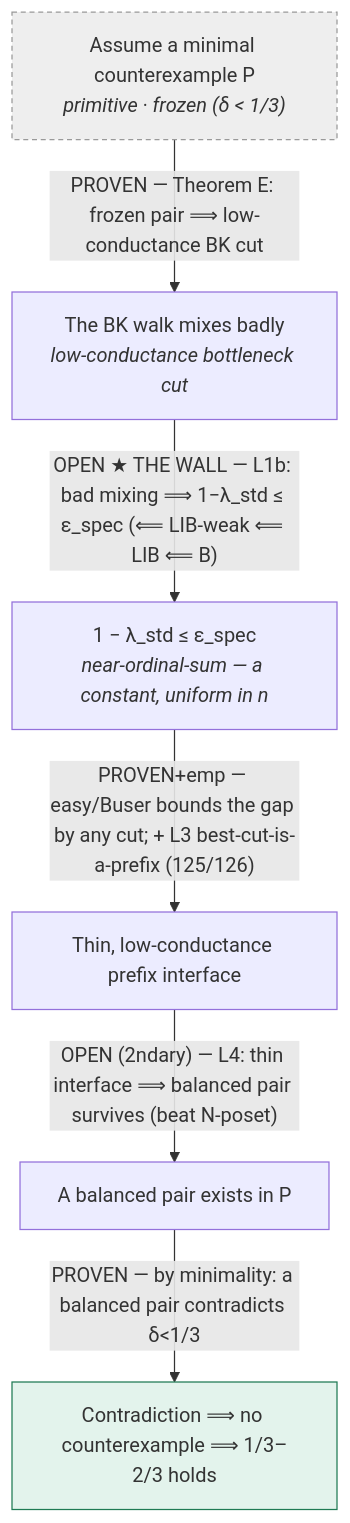
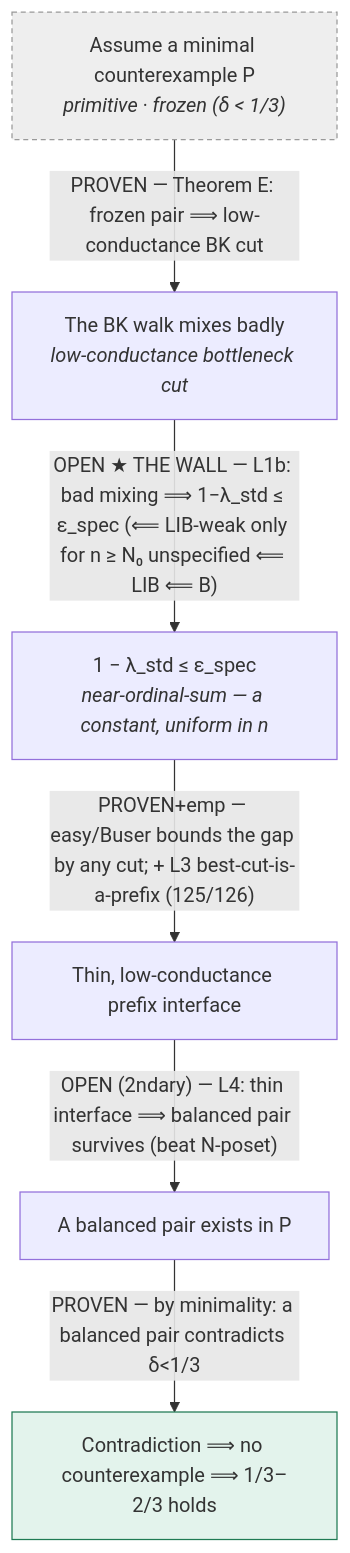
Before and after one commit to drellem2/onethird_program: the diagram in STATE.md, drawn with Mermaid. The commit also changed other lines of this file, not shown here.

````diff
--- a/STATE.md
+++ b/STATE.md
@@ -53,16 +53,16 @@
 ```mermaid
 flowchart TD
     A["Assume a minimal counterexample P<br/><i>primitive · frozen (δ &lt; 1/3)</i>"]:::assume
     B["The BK walk mixes badly<br/><i>low-conductance bottleneck cut</i>"]
     C["1 − λ_std ≤ ε_spec<br/><i>near-ordinal-sum — a constant, uniform in n</i>"]
     D["Thin, low-conductance prefix interface"]
     E["A balanced pair exists in P"]
     F["Contradiction ⟹ no counterexample ⟹ 1/3–2/3 holds"]:::concl
     A -->|"PROVEN — Theorem E: frozen pair ⟹ low-conductance BK cut"| B
-    B -->|"OPEN ★ THE WALL — L1b: bad mixing ⟹ 1−λ_std ≤ ε_spec (⟸ LIB-weak ⟸ LIB ⟸ B)"| C
+    B -->|"OPEN ★ THE WALL — L1b: bad mixing ⟹ 1−λ_std ≤ ε_spec (⟸ LIB-weak only for n ≥ N₀ unspecified ⟸ LIB ⟸ B)"| C
     C -->|"PROVEN+emp — easy/Buser bounds the gap by any cut; + L3 best-cut-is-a-prefix (125/126)"| D
     D -->|"OPEN (2ndary) — L4: thin interface ⟹ balanced pair survives (beat N-poset)"| E
     E -->|"PROVEN — by minimality: a balanced pair contradicts δ&lt;1/3"| F
     classDef assume fill:#eee,stroke:#999,stroke-dasharray:4 3;
     classDef concl fill:#e3f3ec,stroke:#1f7a54;
 ```
````
